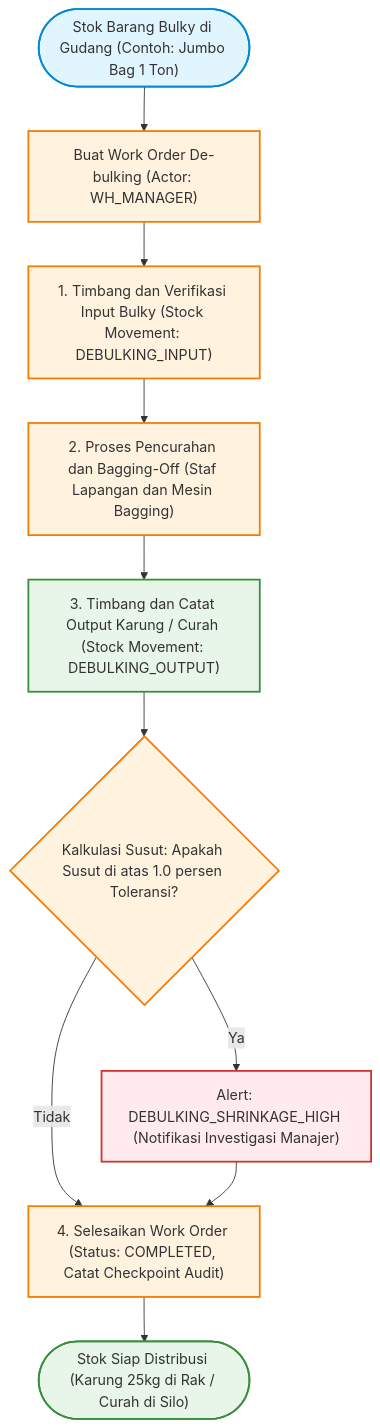
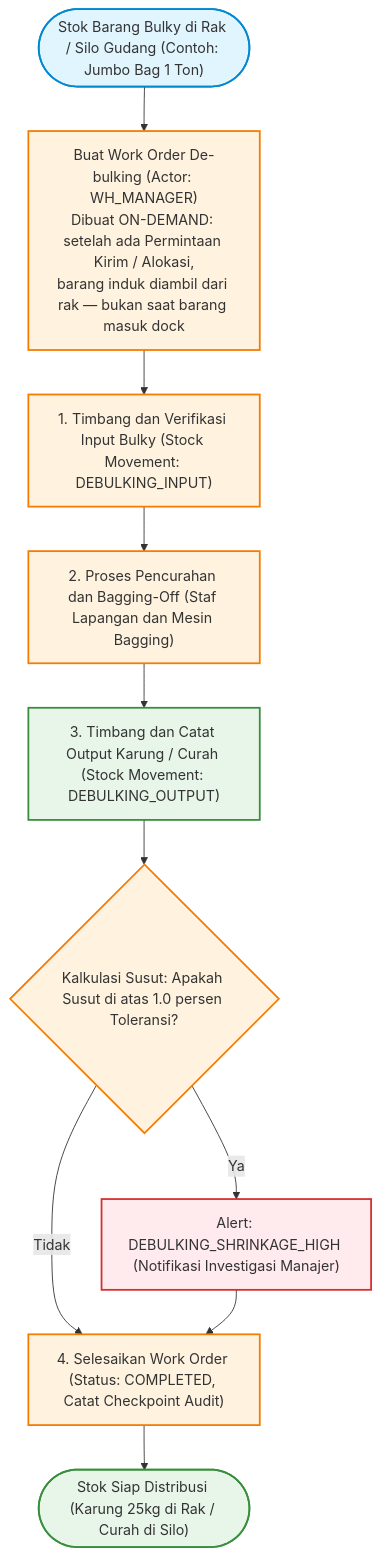
Before and after one commit to innaka-tech/wms-simple: the first of 2 diagrams in docs/02_Bulky_Curah_and_Debulking.md, drawn with Mermaid. The commit also changed 10 other files, not shown here.

First line of the commit message:
docs(flow): repacking on-demand & tanpa timbang masuk (v3.1.0)

````diff
--- a/docs/02_Bulky_Curah_and_Debulking.md
+++ b/docs/02_Bulky_Curah_and_Debulking.md
@@ -46,23 +46,23 @@
 ```mermaid
 flowchart TD
     classDef bulky fill:#e1f5fe,stroke:#0288d1,stroke-width:2px;
     classDef process fill:#fff3e0,stroke:#f57c00,stroke-width:2px;
     classDef curah fill:#e8f5e9,stroke:#388e3c,stroke-width:2px;
     classDef alert fill:#ffebee,stroke:#d32f2f,stroke-width:2px;
 
-    IN_BULK(["Stok Barang Bulky di Gudang (Contoh: Jumbo Bag 1 Ton)"]):::bulky --> WO["Buat Work Order De-bulking (Actor: WH_MANAGER)"]:::process
+    IN_BULK(["Stok Barang Bulky di Rak / Silo Gudang (Contoh: Jumbo Bag 1 Ton)"]):::bulky --> WO["Buat Work Order De-bulking (Actor: WH_MANAGER)\nDibuat ON-DEMAND: setelah ada Permintaan Kirim / Alokasi,\nbarang induk diambil dari rak — bukan saat barang masuk dock"]:::process
 
     WO --> WEIGH_IN["1. Timbang dan Verifikasi Input Bulky (Stock Movement: DEBULKING_INPUT)"]:::process
 
     WEIGH_IN --> PROCESS["2. Proses Pencurahan dan Bagging-Off (Staf Lapangan dan Mesin Bagging)"]:::process
 
     PROCESS --> WEIGH_OUT["3. Timbang dan Catat Output Karung / Curah (Stock Movement: DEBULKING_OUTPUT)"]:::curah
 
     WEIGH_OUT --> CALC_LOSS{"Kalkulasi Susut: Apakah Susut di atas 1.0 persen Toleransi?"}:::process
 
     CALC_LOSS -->|Ya| ALERT_LOSS["Alert: DEBULKING_SHRINKAGE_HIGH (Notifikasi Investigasi Manajer)"]:::alert
     CALC_LOSS -->|Tidak| CLOSE_WO
     ALERT_LOSS --> CLOSE_WO
 
     CLOSE_WO["4. Selesaikan Work Order (Status: COMPLETED, Catat Checkpoint Audit)"]:::process --> END_STOCK(["Stok Siap Distribusi (Karung 25kg di Rak / Curah di Silo)"]):::curah
 ```
````
